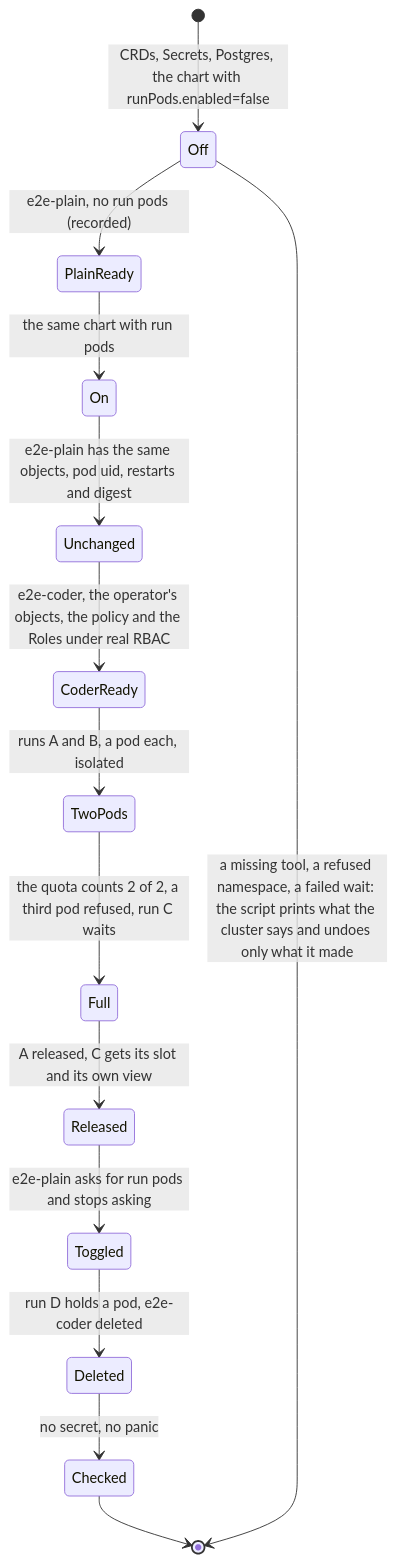
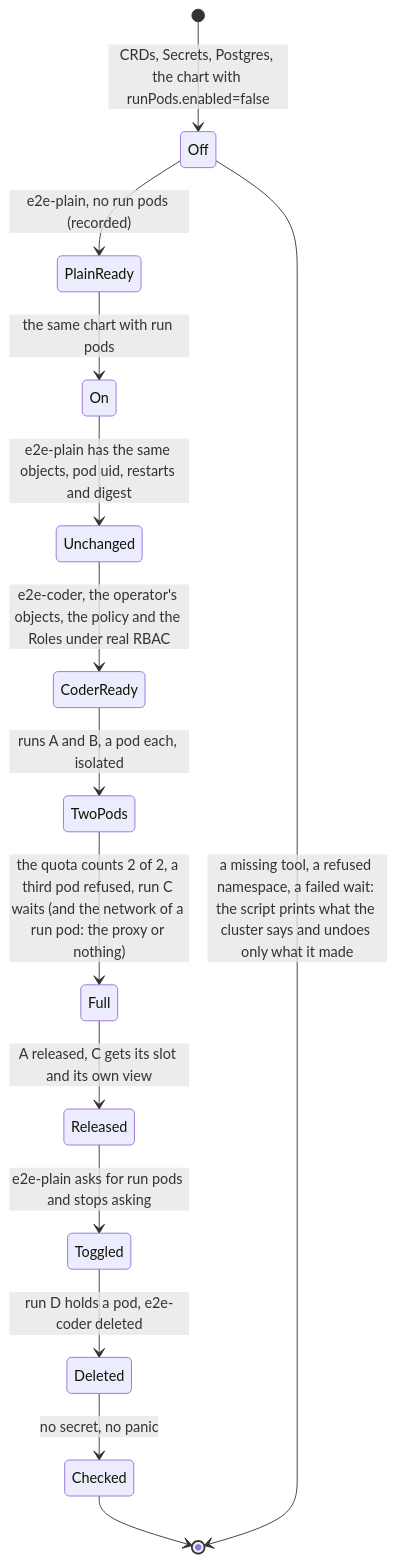
The eighth of 8 diagrams in deploy/operator/tests/e2e/README.md (vymalo/another-agentic-platform), drawn with Mermaid before and after one commit. The commit also changed other lines of this file and 53 other files, not shown here.

First line of the commit message:
feat(operator): the egress proxy of run pods, and their network deny by default (D15c) (#42)

````diff
--- a/deploy/operator/tests/e2e/README.md
+++ b/deploy/operator/tests/e2e/README.md
@@ -434,16 +433,16 @@
 ```mermaid
 stateDiagram-v2
     [*] --> Off: CRDs, Secrets, Postgres, the chart with runPods.enabled=false
     Off --> PlainReady: e2e-plain, no run pods (recorded)
     PlainReady --> On: the same chart with run pods
     On --> Unchanged: e2e-plain has the same objects, pod uid, restarts and digest
     Unchanged --> CoderReady: e2e-coder, the operator's objects, the policy and the Roles under real RBAC
     CoderReady --> TwoPods: runs A and B, a pod each, isolated
-    TwoPods --> Full: the quota counts 2 of 2, a third pod refused, run C waits
+    TwoPods --> Full: the quota counts 2 of 2, a third pod refused, run C waits (and the network of a run pod: the proxy or nothing)
     Full --> Released: A released, C gets its slot and its own view
     Released --> Toggled: e2e-plain asks for run pods and stops asking
     Toggled --> Deleted: run D holds a pod, e2e-coder deleted
     Deleted --> Checked: no secret, no panic
     Checked --> [*]
     Off --> [*]: a missing tool, a refused namespace, a failed wait: the script prints what the cluster says and undoes only what it made
 ```
````
